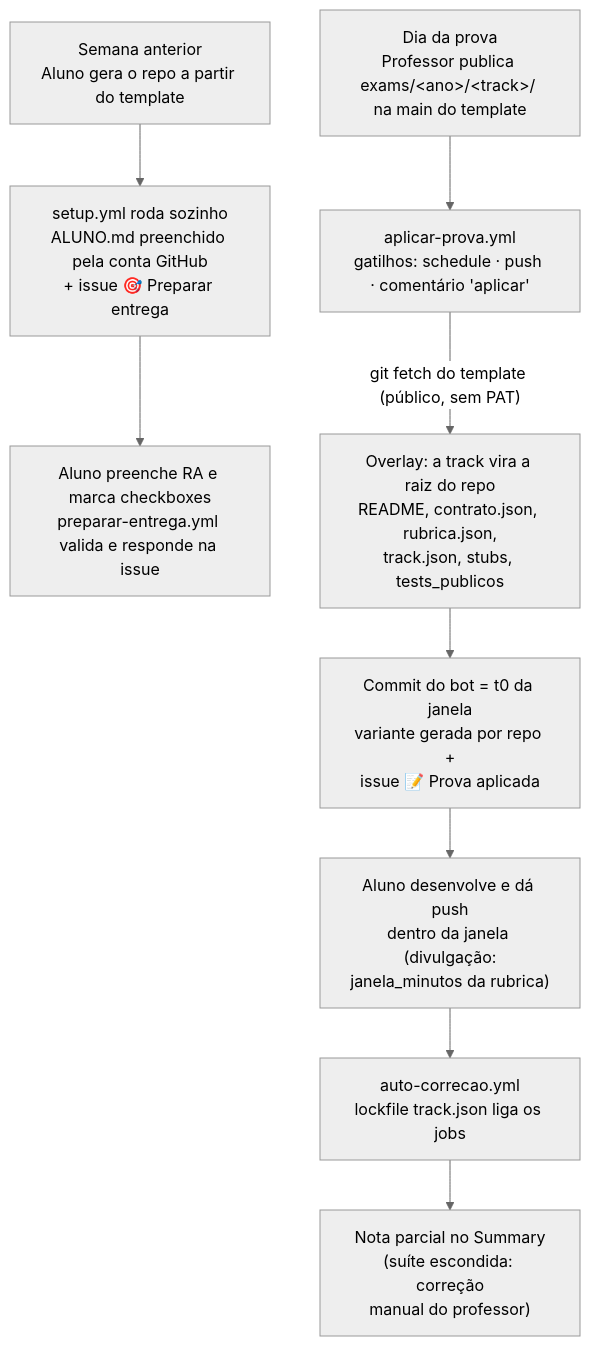
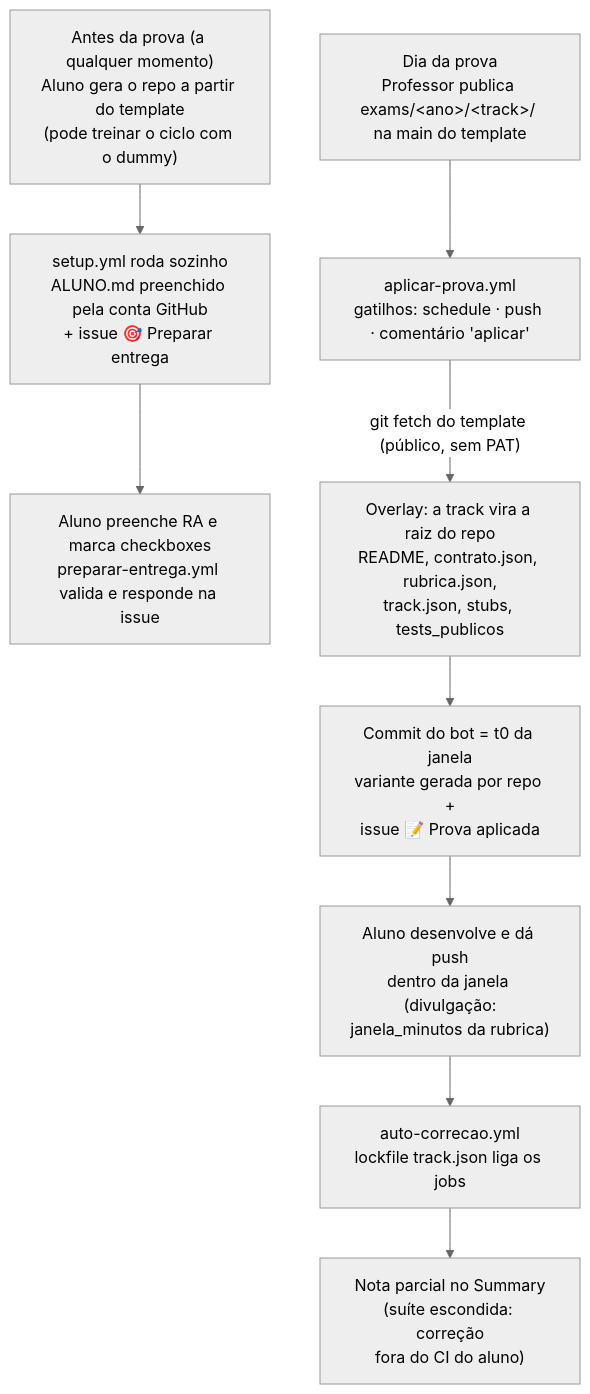
One commit to endersonmenezes/exam-escola-ti changed the diagram in README.md. Above: the diagram before and after it, drawn with Mermaid (neutral theme). The commit also changed other lines of this file, not shown here.

````diff
--- a/README.md
+++ b/README.md
@@ -47,11 +60,11 @@
 ```mermaid
 flowchart TD
-    A["Semana anterior<br/>Aluno gera o repo a partir do template"] --> B["setup.yml roda sozinho<br/>ALUNO.md preenchido pela conta GitHub<br/>+ issue 🎯 Preparar entrega"]
+    A["Antes da prova (a qualquer momento)<br/>Aluno gera o repo a partir do template<br/>(pode treinar o ciclo com o dummy)"] --> B["setup.yml roda sozinho<br/>ALUNO.md preenchido pela conta GitHub<br/>+ issue 🎯 Preparar entrega"]
     B --> C["Aluno preenche RA e marca checkboxes<br/>preparar-entrega.yml valida e responde na issue"]
     D["Dia da prova<br/>Professor publica exams/&lt;ano&gt;/&lt;track&gt;/ na main do template"] --> E["aplicar-prova.yml<br/>gatilhos: schedule · push · comentário 'aplicar'"]
     E -->|"git fetch do template (público, sem PAT)"| F["Overlay: a track vira a raiz do repo<br/>README, contrato.json, rubrica.json,<br/>track.json, stubs, tests_publicos"]
     F --> G["Commit do bot = t0 da janela<br/>variante gerada por repo +<br/>issue 📝 Prova aplicada"]
     G --> H["Aluno desenvolve e dá push<br/>dentro da janela (divulgação:<br/>janela_minutos da rubrica)"]
     H --> I["auto-correcao.yml<br/>lockfile track.json liga os jobs"]
-    I --> J["Nota parcial no Summary<br/>(suíte escondida: correção<br/>manual do professor)"]
+    I --> J["Nota parcial no Summary<br/>(suíte escondida: correção<br/>fora do CI do aluno)"]
 ```
````
